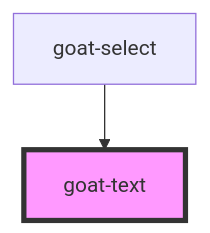
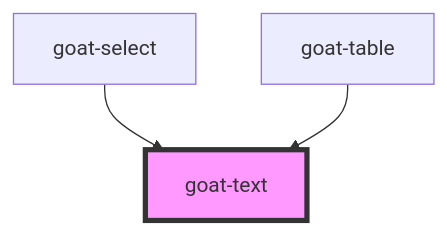
One commit to goatui/components changed the diagram in src/components/content/text/readme.md. Above: the diagram before and after it, drawn with Mermaid. The commit also changed other lines of this file and 6 other files, not shown here.

````diff
--- a/src/components/content/text/readme.md
+++ b/src/components/content/text/readme.md
@@ -25,5 +26,6 @@
 ```mermaid
 graph TD;
   goat-select --> goat-text
+  goat-table --> goat-text
   style goat-text fill:#f9f,stroke:#333,stroke-width:4px
 ```
````
